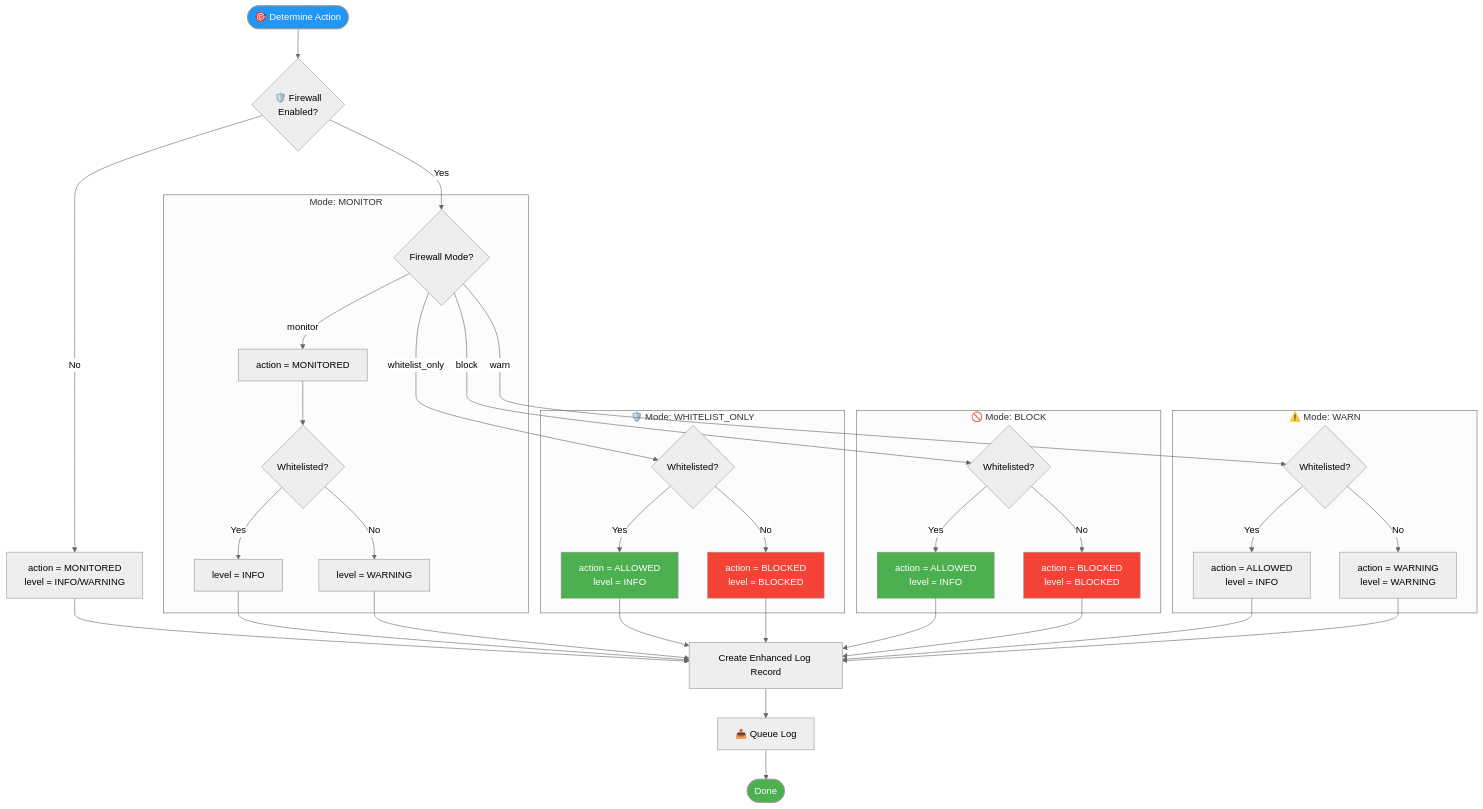
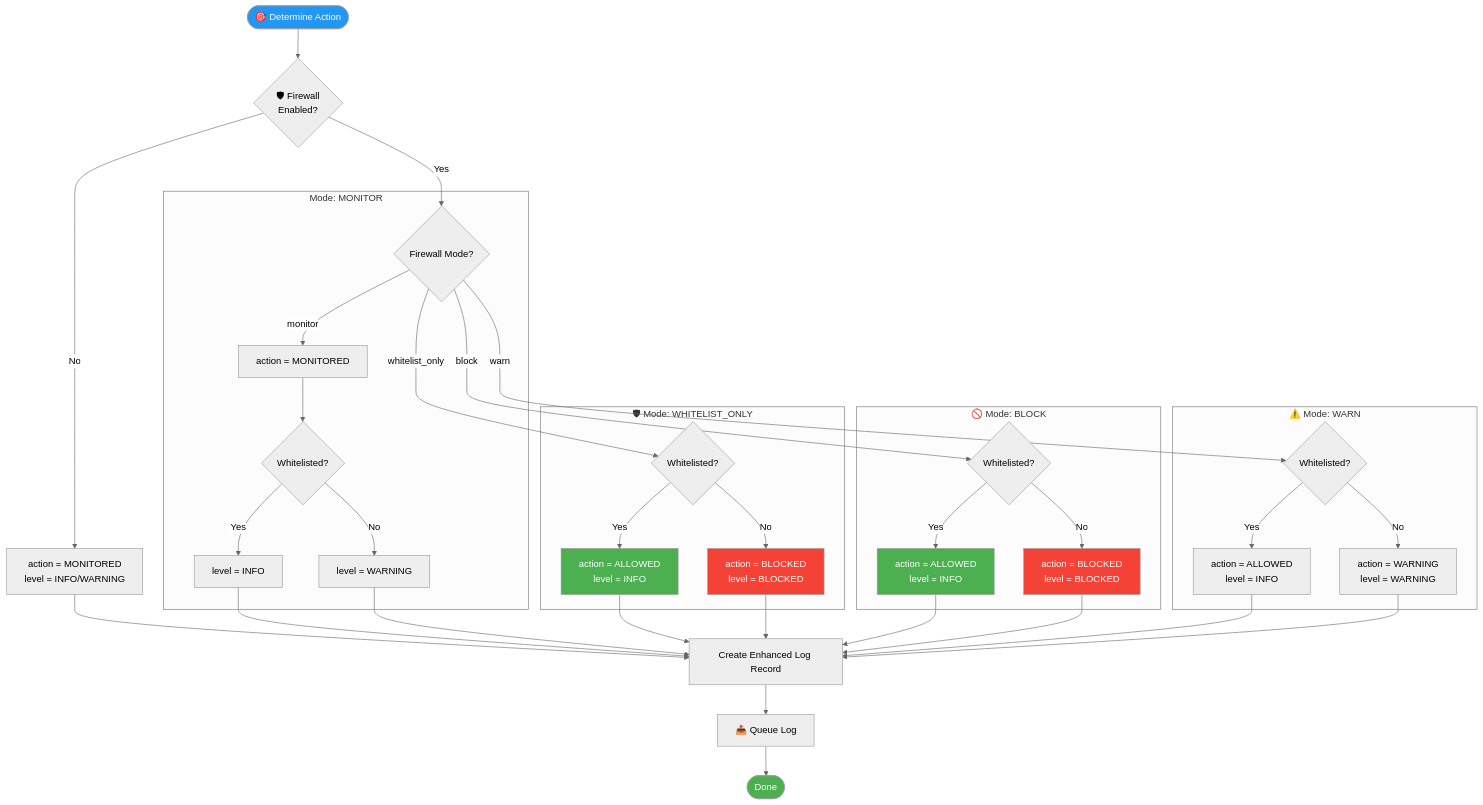
Before and after one commit to Son0ngu/Centralized_Network_Access_Control_System_for_Computer_Labs: the fifth of 13 diagrams in docs/diagrams/FLOW_DIAGRAMS.md, drawn with Mermaid (neutral theme). The commit also changed other lines of this file and 17 other files, not shown here.

````diff
--- a/docs/diagrams/FLOW_DIAGRAMS.md
+++ b/docs/diagrams/FLOW_DIAGRAMS.md
@@ -250,53 +250,53 @@
 ```mermaid
 flowchart TD
-    START([🎯 Determine Action]) --> CHECK_ENABLED{"🛡️ Firewall<br/>Enabled?"}
+    START([🎯 Determine Action]) --> CHECK_ENABLED{"🛡 Firewall<br/>Enabled?"}
     
     CHECK_ENABLED --> |No| MONITOR_MODE["action = MONITORED<br/>level = INFO/WARNING"]
     CHECK_ENABLED --> |Yes| CHECK_MODE{"Firewall Mode?"}
     
     subgraph "Mode: MONITOR"
         CHECK_MODE --> |monitor| M_ACTION["action = MONITORED"]
         M_ACTION --> M_LEVEL{"Whitelisted?"}
         M_LEVEL --> |Yes| M_INFO["level = INFO"]
         M_LEVEL --> |No| M_WARN["level = WARNING"]
     end
     
-    subgraph "🛡️ Mode: WHITELIST_ONLY"
+    subgraph "🛡 Mode: WHITELIST_ONLY"
         CHECK_MODE --> |whitelist_only| WO_CHECK{"Whitelisted?"}
         WO_CHECK --> |Yes| WO_ALLOW["action = ALLOWED<br/>level = INFO"]
         WO_CHECK --> |No| WO_BLOCK["action = BLOCKED<br/>level = BLOCKED"]
     end
     
     subgraph "🚫 Mode: BLOCK"
         CHECK_MODE --> |block| B_CHECK{"Whitelisted?"}
         B_CHECK --> |Yes| B_ALLOW["action = ALLOWED<br/>level = INFO"]
         B_CHECK --> |No| B_BLOCK["action = BLOCKED<br/>level = BLOCKED"]
     end
     
     subgraph "⚠️ Mode: WARN"
         CHECK_MODE --> |warn| W_CHECK{"Whitelisted?"}
         W_CHECK --> |Yes| W_ALLOW["action = ALLOWED<br/>level = INFO"]
         W_CHECK --> |No| W_WARN["action = WARNING<br/>level = WARNING"]
     end
     
     MONITOR_MODE --> CREATE_LOG
     M_INFO --> CREATE_LOG
     M_WARN --> CREATE_LOG
     WO_ALLOW --> CREATE_LOG
     WO_BLOCK --> CREATE_LOG
     B_ALLOW --> CREATE_LOG
     B_BLOCK --> CREATE_LOG
     W_ALLOW --> CREATE_LOG
     W_WARN --> CREATE_LOG
     
     CREATE_LOG["Create Enhanced Log Record"]
     CREATE_LOG --> QUEUE["📤 Queue Log"]
     QUEUE --> END([Done])
     
     style START fill:#2196F3,color:#fff
     style END fill:#4CAF50,color:#fff
     style WO_BLOCK fill:#f44336,color:#fff
     style B_BLOCK fill:#f44336,color:#fff
     style WO_ALLOW fill:#4CAF50,color:#fff
     style B_ALLOW fill:#4CAF50,color:#fff
 ```
````
